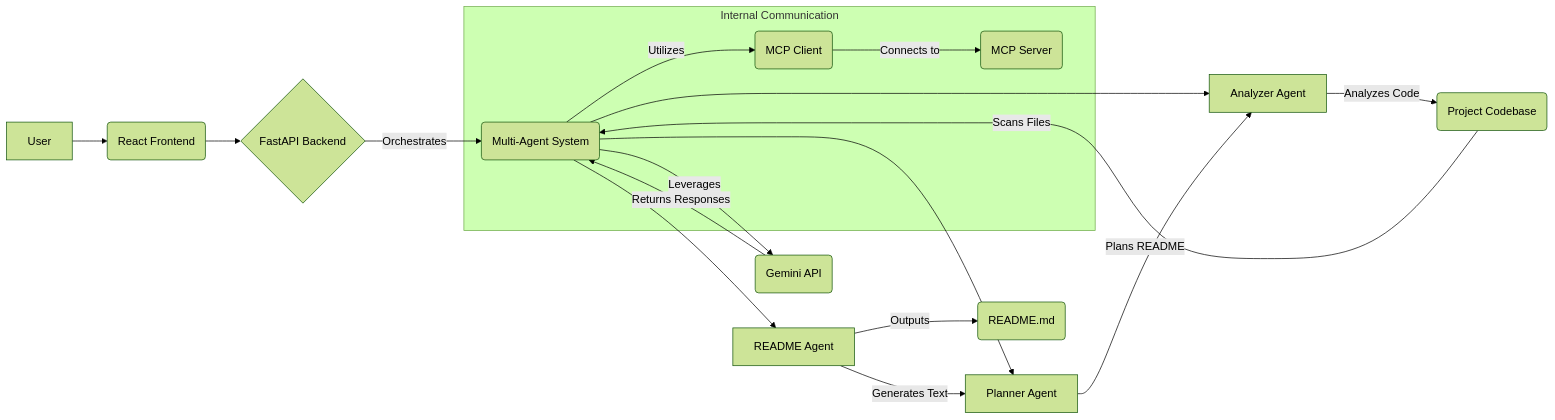
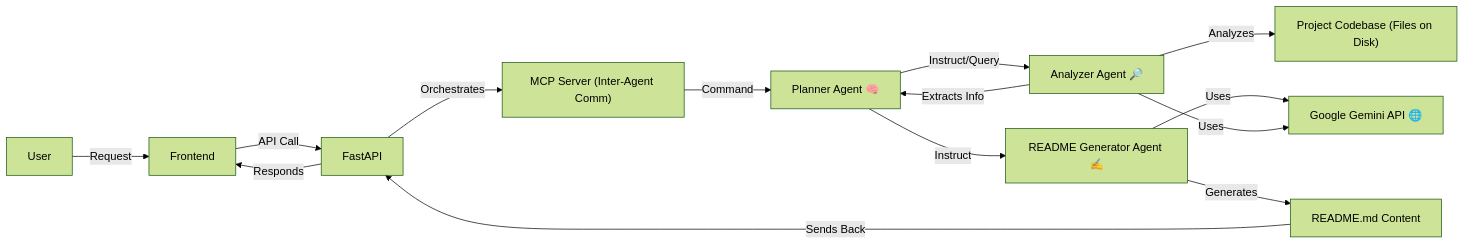
The diagram in README.md (Sanjeev12588/Smart-ReadMe), drawn with Mermaid (forest theme) before and after one commit. The commit also changed other lines of this file and 4 other files, not shown here.

````diff
--- a/README.md
+++ b/README.md
@@ -90,27 +41,16 @@
 ```mermaid
 graph LR
-    A[User] --> B(React Frontend);
-    B --> C{FastAPI Backend};
-    C -- "Orchestrates" --> D(Multi-Agent System);
-    D --> E[Analyzer Agent];
-    D --> F[Planner Agent];
-    D --> G[README Agent];
-
-    E -- "Analyzes Code" --> H(Project Codebase);
-    F -- "Plans README" --> E;
-    G -- "Generates Text" --> F;
-
-    D -- "Leverages" --> I(Gemini API);
-    I -- "Returns Responses" --> D;
-
-    H -- "Scans Files" --> D;
-
-    G -- "Outputs" --> J(README.md);
-
-    subgraph Internal Communication
-        K(MCP Server)
-        L(MCP Client)
-        D -- "Utilizes" --> L
-        L -- "Connects to" --> K
-    end
+    User -- Request --> Frontend
+    Frontend -- API Call --> FastAPI
+    FastAPI -- Orchestrates --> MCP_Server["MCP Server (Inter-Agent Comm)"]
+    MCP_Server -- Command --> Planner["Planner Agent 🧠"]
+    Planner -- Instruct/Query --> Analyzer["Analyzer Agent 🔎"]
+    Analyzer -- Analyzes --> Codebase["Project Codebase (Files on Disk)"]
+    Analyzer -- Extracts Info --> Planner
+    Planner -- Instruct --> ReadmeGen["README Generator Agent ✍️"]
+    ReadmeGen -- Uses --> Gemini["Google Gemini API 🌐"]
+    Analyzer -- Uses --> Gemini
+    ReadmeGen -- Generates --> README_Content["README.md Content"]
+    README_Content -- Sends Back --> FastAPI
+    FastAPI -- Responds --> Frontend
 ```
````
